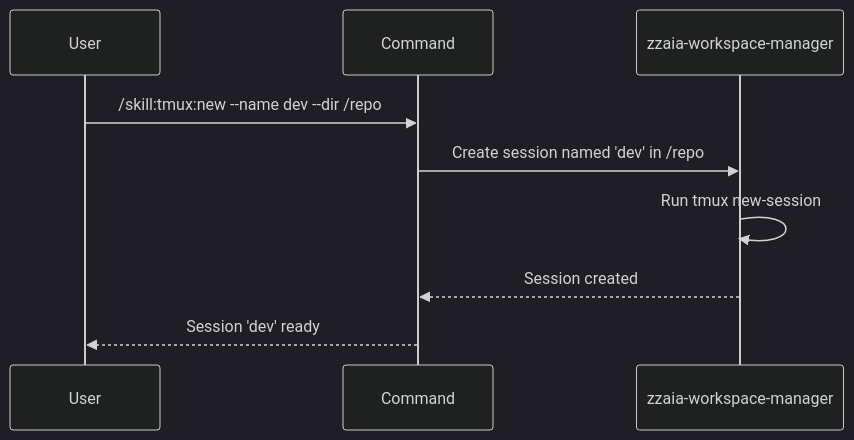
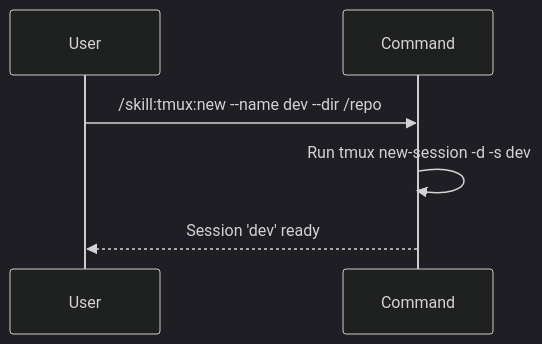
Before and after one commit to zzaia/zzaia-agentic-workspace: the diagram in .claude/commands/skill/tmux/new/SKILL.md, drawn with Mermaid (dark theme). The commit also changed 5 other files, not shown here.

````diff
--- a/.claude/commands/skill/tmux/new/SKILL.md
+++ b/.claude/commands/skill/tmux/new/SKILL.md
@@ -36,12 +36,9 @@
 ```mermaid
 sequenceDiagram
     participant U as User
     participant C as Command
-    participant WM as zzaia-workspace-manager
 
     U->>C: /skill:tmux:new --name dev --dir /repo
-    C->>WM: Create session named 'dev' in /repo
-    WM->>WM: Run tmux new-session
-    WM-->>C: Session created
+    C->>C: Run tmux new-session -d -s dev
     C-->>U: Session 'dev' ready
 ```
````
